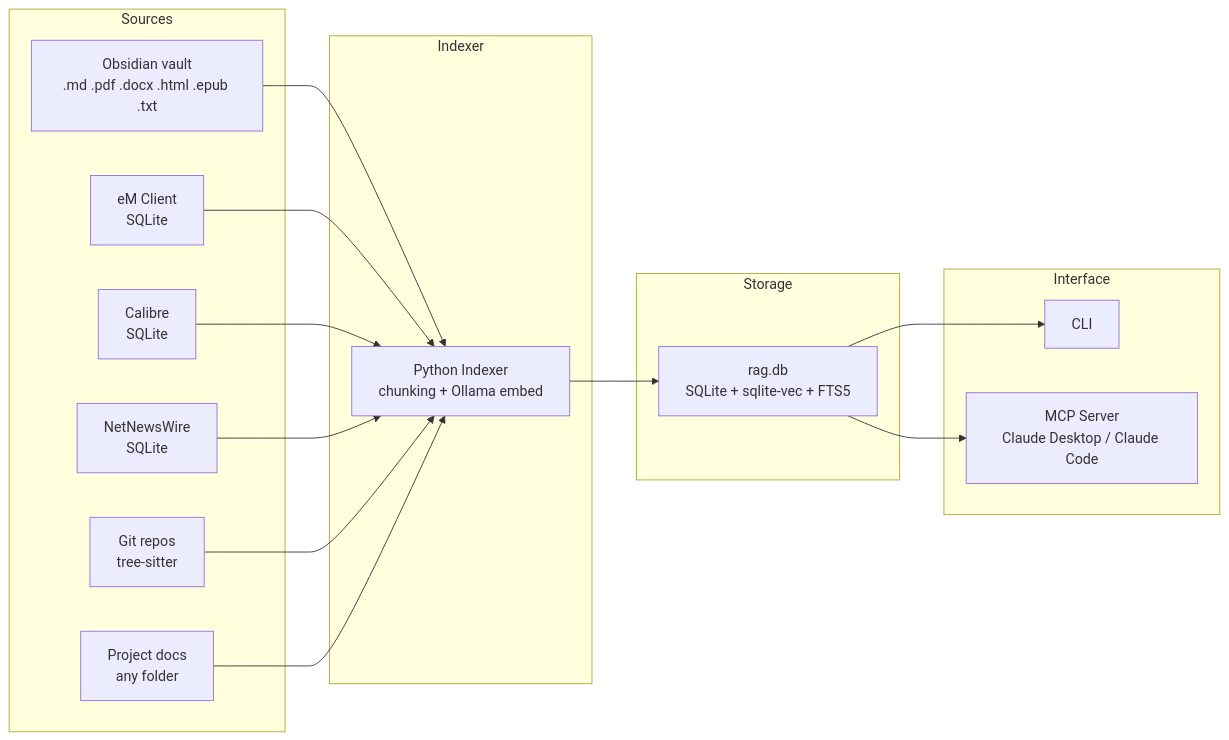
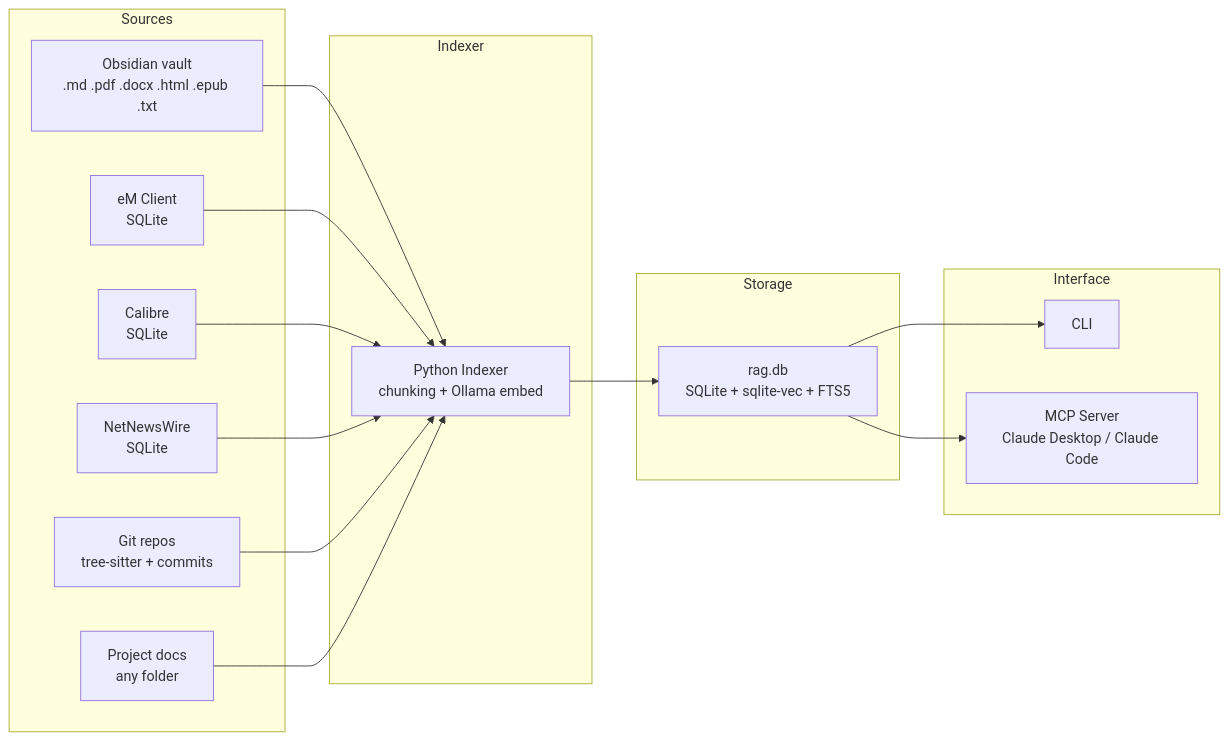
The diagram in docs/architecture.md (aihaysteve/local-rag), drawn with Mermaid before and after one commit. The commit also changed other lines of this file and 6 other files, not shown here.

````diff
--- a/docs/architecture.md
+++ b/docs/architecture.md
@@ -14,34 +14,34 @@
 ```mermaid
 flowchart LR
     subgraph Sources
         OBS["Obsidian vault<br/>.md .pdf .docx .html .epub .txt"]
         EM["eM Client<br/>SQLite"]
         CAL["Calibre<br/>SQLite"]
         NNW["NetNewsWire<br/>SQLite"]
-        GIT["Git repos<br/>tree-sitter"]
+        GIT["Git repos<br/>tree-sitter + commits"]
         PRJ["Project docs<br/>any folder"]
     end
 
     subgraph Indexer
         IDX["Python Indexer<br/>chunking + Ollama embed"]
     end
 
     subgraph Storage
         DB["rag.db<br/>SQLite + sqlite-vec + FTS5"]
     end
 
     subgraph Interface
         CLI["CLI"]
         MCP["MCP Server<br/>Claude Desktop / Claude Code"]
     end
 
     OBS --> IDX
     EM --> IDX
     CAL --> IDX
     NNW --> IDX
     GIT --> IDX
     PRJ --> IDX
     IDX --> DB
     DB --> CLI
     DB --> MCP
 ```
````
